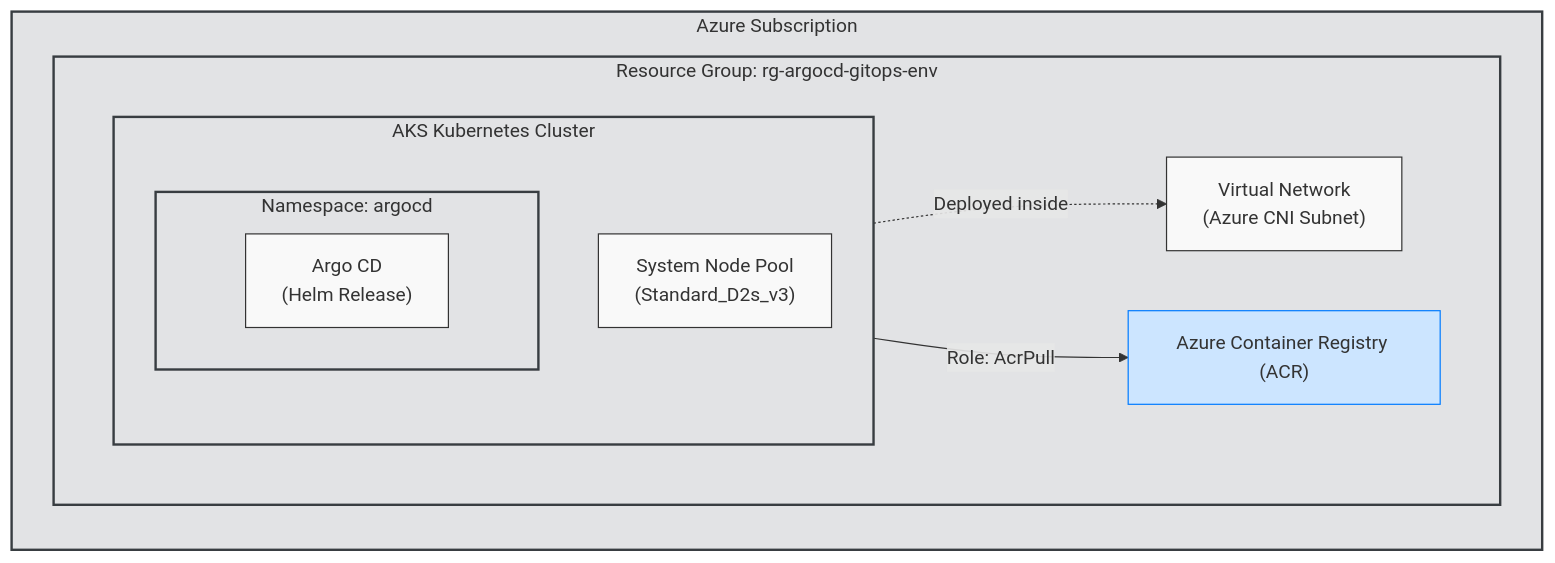
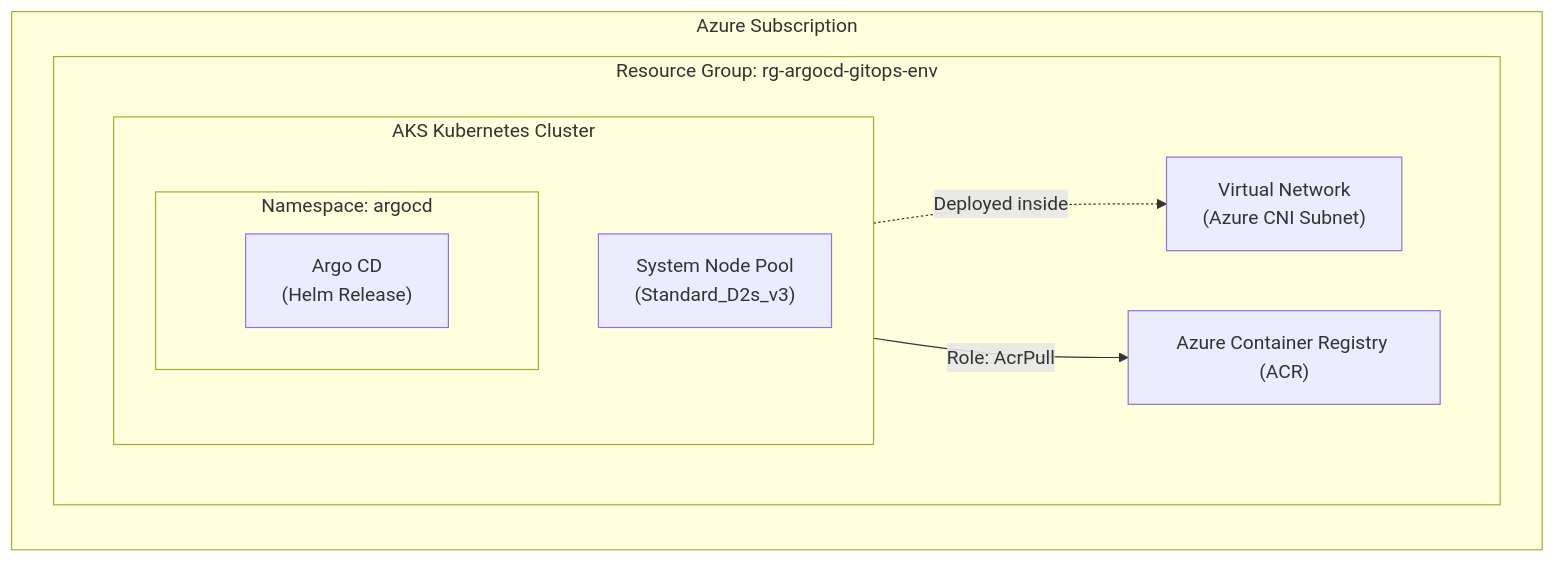
Before and after one commit to j-haskins/argocd-gitops: the second of 2 diagrams in README.md, drawn with Mermaid. The commit also changed other lines of this file, not shown here.

Commit message:
docs: adjust Mermaid styling in README for dark mode compatibility

````diff
--- a/README.md
+++ b/README.md
@@ -100,25 +95,21 @@
 ```mermaid
 graph LR
-    classDef default fill:#f9f9f9,stroke:#333,stroke-width:1px;
-    classDef cluster fill:#e2e3e5,stroke:#383d41,stroke-width:2px;
-    classDef acr fill:#cce5ff,stroke:#007bff,stroke-width:1px;
-    
     subgraph Azure Subscription
         subgraph RG [Resource Group: rg-argocd-gitops-env]
             VNet["Virtual Network<br>(Azure CNI Subnet)"]
-            ACR["Azure Container Registry (ACR)"]:::acr
+            ACR["Azure Container Registry (ACR)"]
             
             subgraph AKS [AKS Kubernetes Cluster]
                 direction TB
                 SystemPool["System Node Pool<br>(Standard_D2s_v3)"]
                 
                 subgraph ArgoNS [Namespace: argocd]
                     ArgoCD["Argo CD<br>(Helm Release)"]
                 end
             end
         end
     end
 
     AKS -.->|Deployed inside| VNet
     AKS -->|Role: AcrPull| ACR
 ```
````
